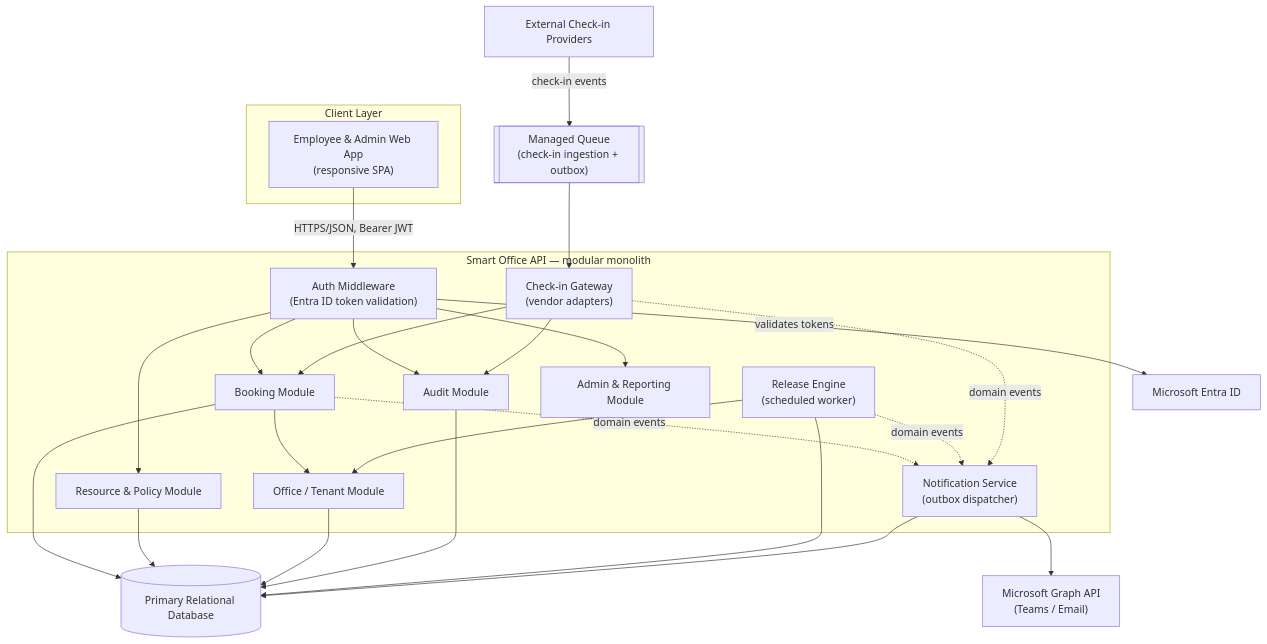
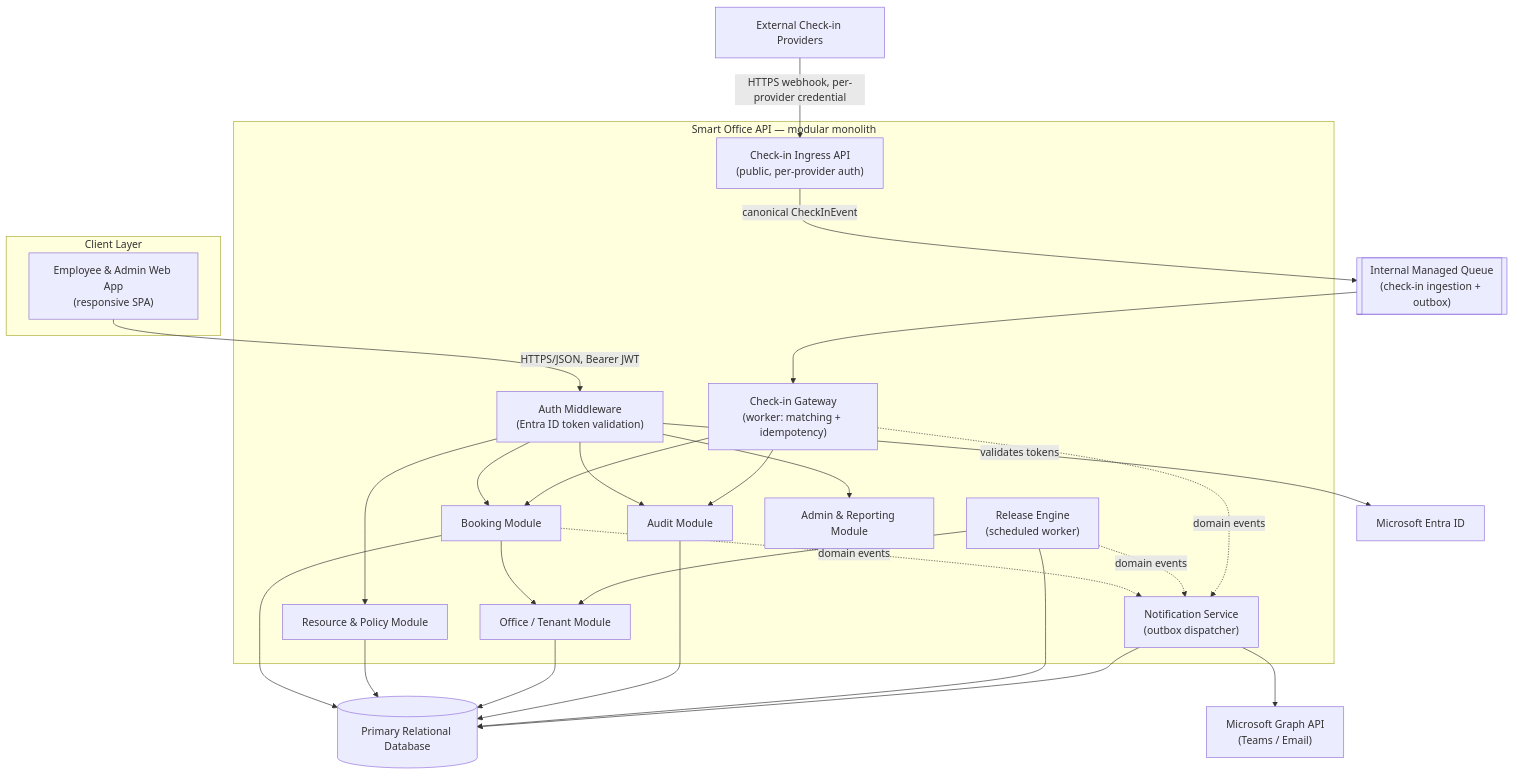
The second of 11 diagrams in design/smart-office-hld.md (ailic12/siliconskunk), drawn with Mermaid before and after one commit. The commit also changed other lines of this file, not shown here.

````diff
--- a/design/smart-office-hld.md
+++ b/design/smart-office-hld.md
@@ -67,50 +86,52 @@
 ```mermaid
 graph TB
     subgraph Client["Client Layer"]
         Web["Employee & Admin Web App\n(responsive SPA)"]
     end
 
     subgraph API["Smart Office API — modular monolith"]
         AuthMW["Auth Middleware\n(Entra ID token validation)"]
+        Ingress["Check-in Ingress API\n(public, per-provider auth)"]
         BookingMod["Booking Module"]
         ResourceMod["Resource & Policy Module"]
-        CheckInGW["Check-in Gateway\n(vendor adapters)"]
+        CheckInGW["Check-in Gateway\n(worker: matching + idempotency)"]
         ReleaseEngine["Release Engine\n(scheduled worker)"]
         NotifSvc["Notification Service\n(outbox dispatcher)"]
         AuditMod["Audit Module"]
         OfficeMod["Office / Tenant Module"]
         AdminMod["Admin & Reporting Module"]
     end
 
     DB[("Primary Relational Database")]
-    Queue[["Managed Queue\n(check-in ingestion + outbox)"]]
+    Queue[["Internal Managed Queue\n(check-in ingestion + outbox)"]]
     Entra["Microsoft Entra ID"]
     Graph["Microsoft Graph API\n(Teams / Email)"]
     Providers["External Check-in Providers"]
 
     Web -->|"HTTPS/JSON, Bearer JWT"| AuthMW
     AuthMW --> BookingMod
     AuthMW --> ResourceMod
     AuthMW --> AdminMod
     AuthMW --> AuditMod
     AuthMW -->|"validates tokens"| Entra
 
-    Providers -->|"check-in events"| Queue --> CheckInGW
+    Providers -->|"HTTPS webhook, per-provider credential"| Ingress
+    Ingress -->|"canonical CheckInEvent"| Queue --> CheckInGW
     CheckInGW --> BookingMod
     CheckInGW --> AuditMod
 
     BookingMod --> DB
     ResourceMod --> DB
     OfficeMod --> DB
     AuditMod --> DB
     ReleaseEngine --> DB
     NotifSvc --> DB
 
     BookingMod -.->|"domain events"| NotifSvc
     ReleaseEngine -.->|"domain events"| NotifSvc
     CheckInGW -.->|"domain events"| NotifSvc
     NotifSvc --> Graph
 
     BookingMod --> OfficeMod
     ReleaseEngine --> OfficeMod
 ```
````
